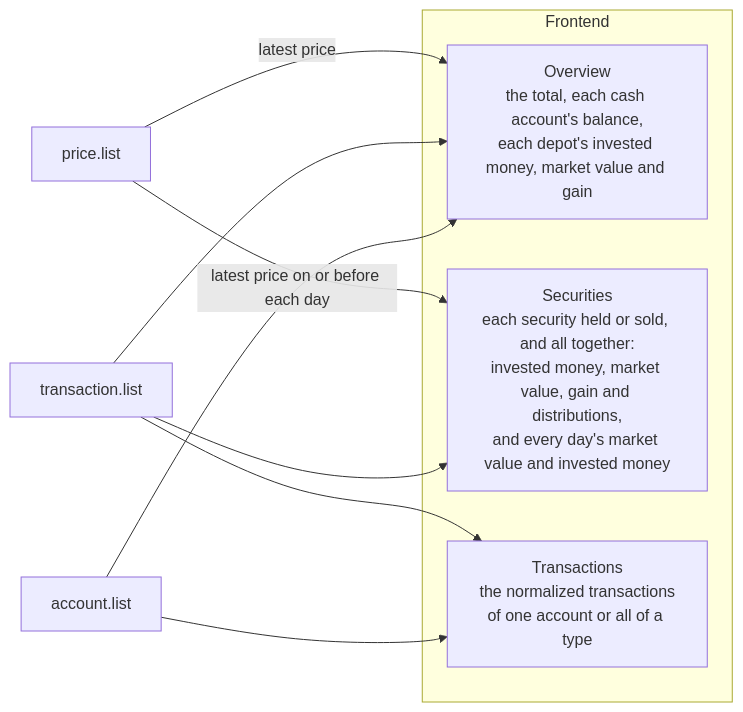
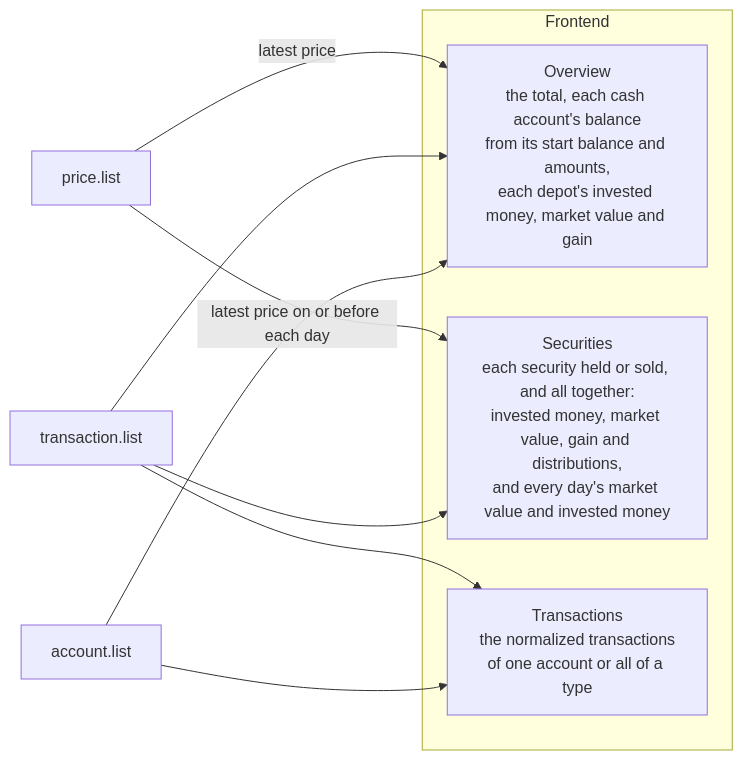
Before and after one commit to lennartmoeller/finance-tracker: the diagram in docs/contract/figures.md, drawn with Mermaid. The commit also changed 30 other files, not shown here.

Commit message:
feat: add Sparkasse, ING's export without Referenz and account start balances (#52)

````diff
--- a/docs/contract/figures.md
+++ b/docs/contract/figures.md
@@ -3,18 +3,18 @@
 ```mermaid
 flowchart LR
   accounts["account.list"]
   transactions["transaction.list"]
   prices["price.list"]
   subgraph frontend["Frontend"]
-    overview["Overview<br/>the total, each cash account's balance,<br/>each depot's invested money, market value and gain"]
+    overview["Overview<br/>the total, each cash account's balance<br/>from its start balance and amounts,<br/>each depot's invested money, market value and gain"]
     securities["Securities<br/>each security held or sold, and all together:<br/>invested money, market value, gain and distributions,<br/>and every day's market value and invested money"]
     list["Transactions<br/>the normalized transactions<br/>of one account or all of a type"]
   end
   accounts --> overview
   accounts --> list
   transactions --> overview
   transactions --> securities
   transactions --> list
   prices -- "latest price" --> overview
   prices -- "latest price on or before each day" --> securities
 ```
````
